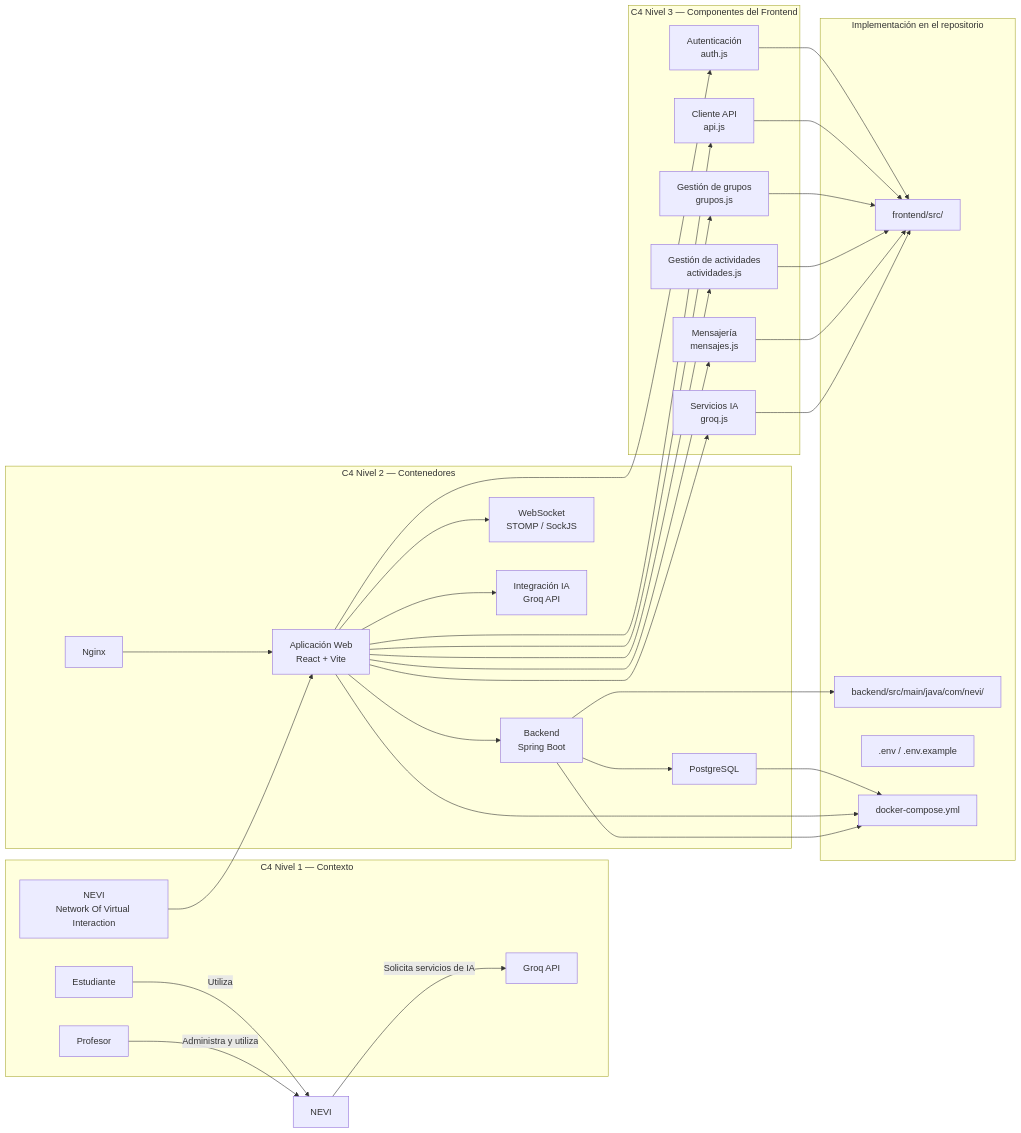
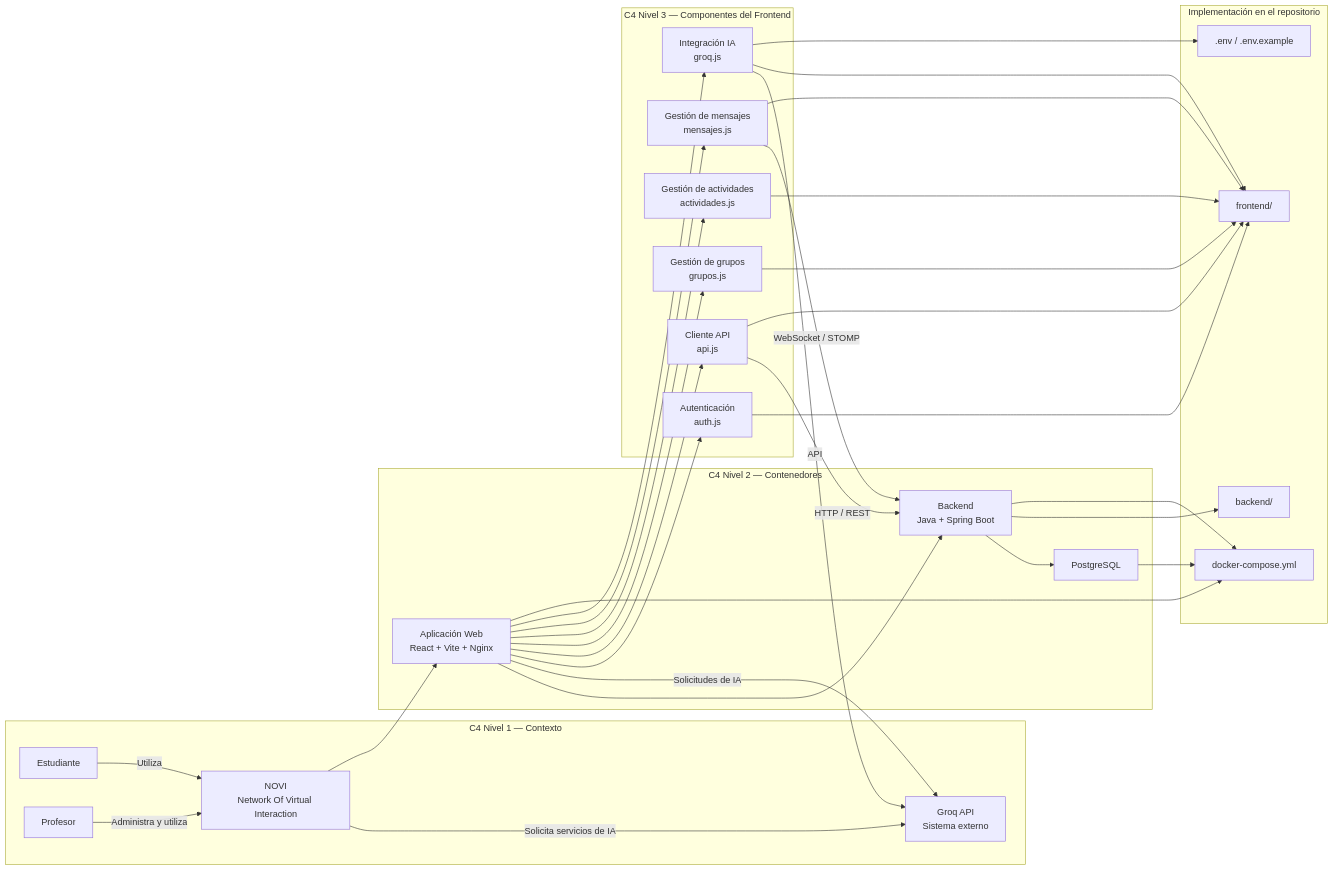
One commit to pinzon0930-boop/NEVI changed the second of 10 diagrams in dossier/08-c4-Trazabilidad.md. Above: the diagram before and after it, drawn with Mermaid. The commit also changed other lines of this file, not shown here.

````diff
--- a/dossier/08-c4-Trazabilidad.md
+++ b/dossier/08-c4-Trazabilidad.md
@@ -49,69 +55,70 @@
 ```mermaid
 flowchart LR
 
     %% NIVEL 1
     subgraph L1["C4 Nivel 1 — Contexto"]
         EST["Estudiante"]
         PROF["Profesor"]
-        NOVI["NEVI<br/>Network Of Virtual Interaction"]
-        GROQ["Groq API"]
+        NOVI["NOVI<br/>Network Of Virtual Interaction"]
+        GROQ["Groq API<br/>Sistema externo"]
     end
 
-    EST -->|"Utiliza"| NEVI
-    PROF -->|"Administra y utiliza"| NEVI
-    NEVI -->|"Solicita servicios de IA"| GROQ
+    EST -->|"Utiliza"| NOVI
+    PROF -->|"Administra y utiliza"| NOVI
+    NOVI -->|"Solicita servicios de IA"| GROQ
 
     %% NIVEL 2
     subgraph L2["C4 Nivel 2 — Contenedores"]
-        WEB["Aplicación Web<br/>React + Vite"]
-        API["Backend<br/>Spring Boot"]
+        WEB["Aplicación Web<br/>React + Vite + Nginx"]
+        API["Backend<br/>Java + Spring Boot"]
         DB["PostgreSQL"]
-        WS["WebSocket<br/>STOMP / SockJS"]
-        AI["Integración IA<br/>Groq API"]
-        NGINX["Nginx"]
     end
 
     NOVI --> WEB
     WEB --> API
     API --> DB
-    WEB --> WS
-    WEB --> AI
-    NGINX --> WEB
+    WEB -->|"Solicitudes de IA"| GROQ
 
     %% NIVEL 3
     subgraph L3["C4 Nivel 3 — Componentes del Frontend"]
         AUTH["Autenticación<br/>auth.js"]
         APIC["Cliente API<br/>api.js"]
         GROUP["Gestión de grupos<br/>grupos.js"]
         ACT["Gestión de actividades<br/>actividades.js"]
-        MSG["Mensajería<br/>mensajes.js"]
-        IA["Servicios IA<br/>groq.js"]
+        MSG["Gestión de mensajes<br/>mensajes.js"]
+        IA["Integración IA<br/>groq.js"]
     end
 
     WEB --> AUTH
     WEB --> APIC
     WEB --> GROUP
     WEB --> ACT
     WEB --> MSG
     WEB --> IA
 
+    MSG -->|"WebSocket / STOMP"| API
+    APIC -->|"HTTP / REST"| API
+    IA -->|"API"| GROQ
+
     %% IMPLEMENTACIÓN
     subgraph CODE["Implementación en el repositorio"]
-        FE["frontend/src/"]
-        BE["backend/src/main/java/com/nevi/"]
+        FE["frontend/"]
+        BE["backend/"]
+        DC["docker-compose.yml"]
         ENV[".env / .env.example"]
-        DOCKER["docker-compose.yml"]
     end
 
     AUTH --> FE
     APIC --> FE
     GROUP --> FE
     ACT --> FE
     MSG --> FE
     IA --> FE
 
     API --> BE
-    DB --> DOCKER
-    WEB --> DOCKER
-    API --> DOCKER
+    WEB --> DC
+    API --> DC
+    DB --> DC
+
+    IA --> ENV
 ```
````
